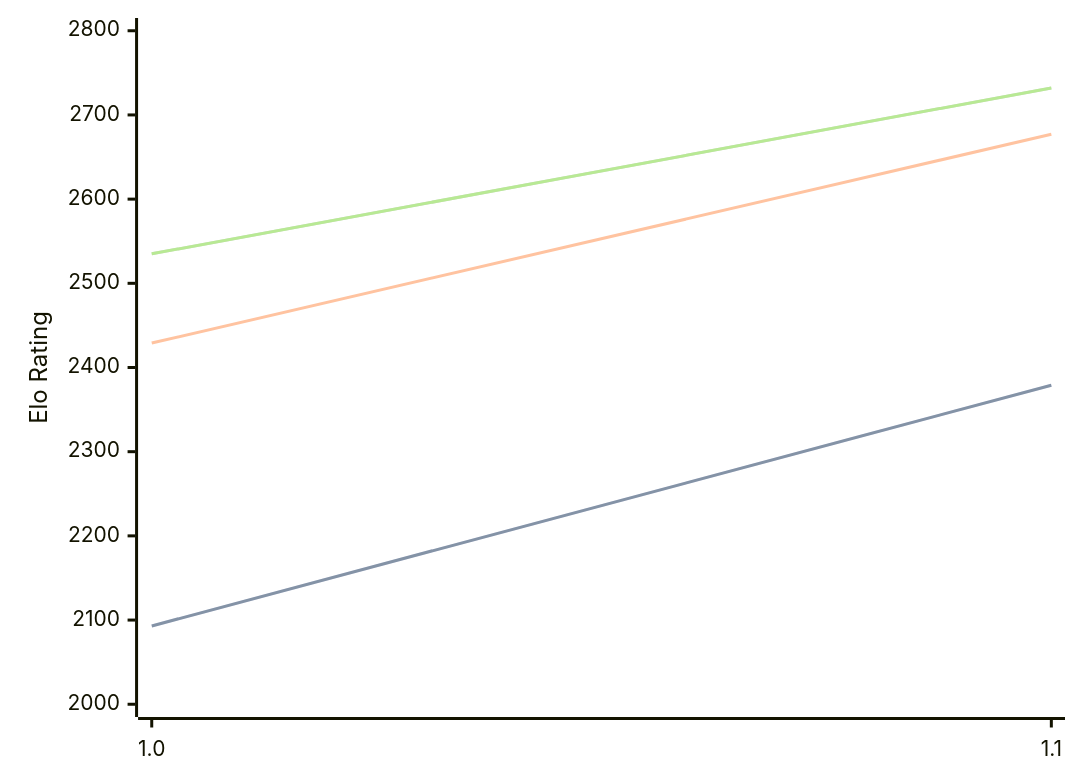
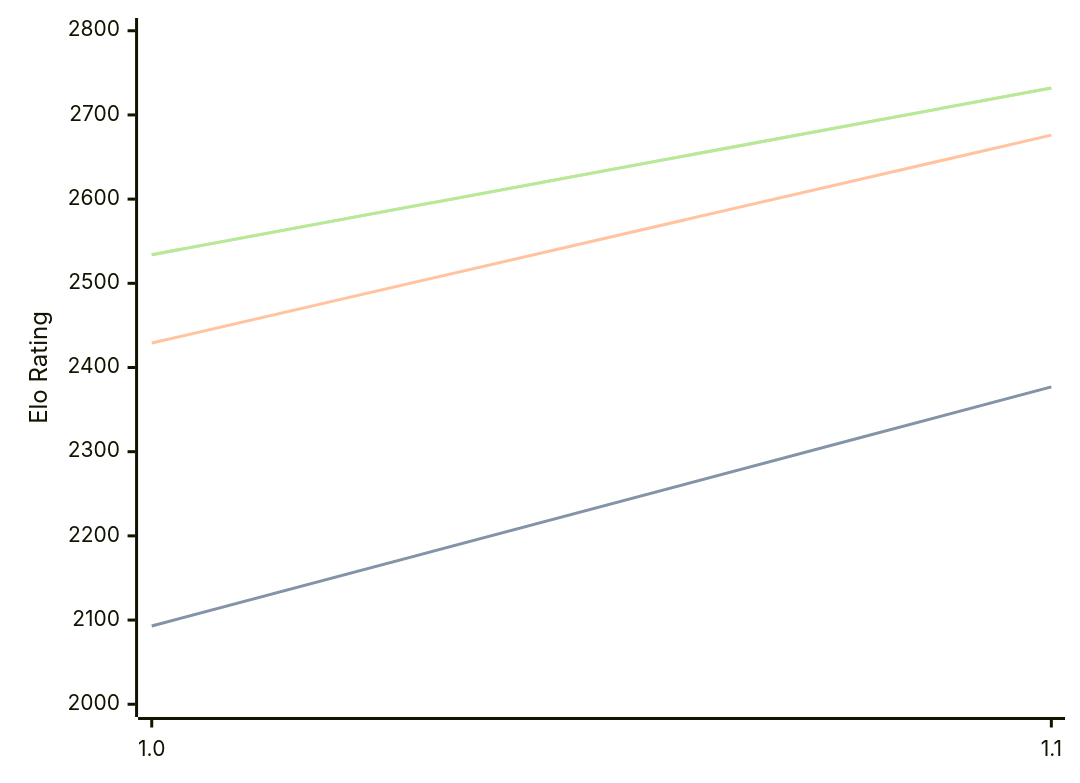
Before and after one commit to computer-chess-index/cci: the diagram in engines/Erinn.md, drawn with Mermaid. The commit also changed other lines of this file, not shown here.

Commit message:
Update CCI Ratings (ELO VLTC) - 2026-09-17

````diff
--- a/engines/Erinn.md
+++ b/engines/Erinn.md
@@ -32,11 +32,11 @@
 ```mermaid
 %%{init: {"theme":"base","themeVariables":{"seriesColors:['#a3a3a3','#222221','#faa371']}}}%%
 xychart-beta
   x-axis ["1.0", "1.1"]
   y-axis "Elo Rating" 2000 --> 2800
-  line "" [2093, 2379]
-  line "STC (8.0+0.08s)" [2093, 2379]
-  line "LTC (60.0+0.60s)" [2429, 2677]
-  line "" [2535, 2732]
-  line "VLTC (2m24s+1.12s)" [2535, 2732]
+  line "" [2093, 2377]
+  line "STC (8.0+0.08s)" [2093, 2377]
+  line "LTC (60.0+0.60s)" [2429, 2676]
+  line "" [2534, 2732]
+  line "VLTC (2m24s+1.12s)" [2534, 2732]
 ```
````
